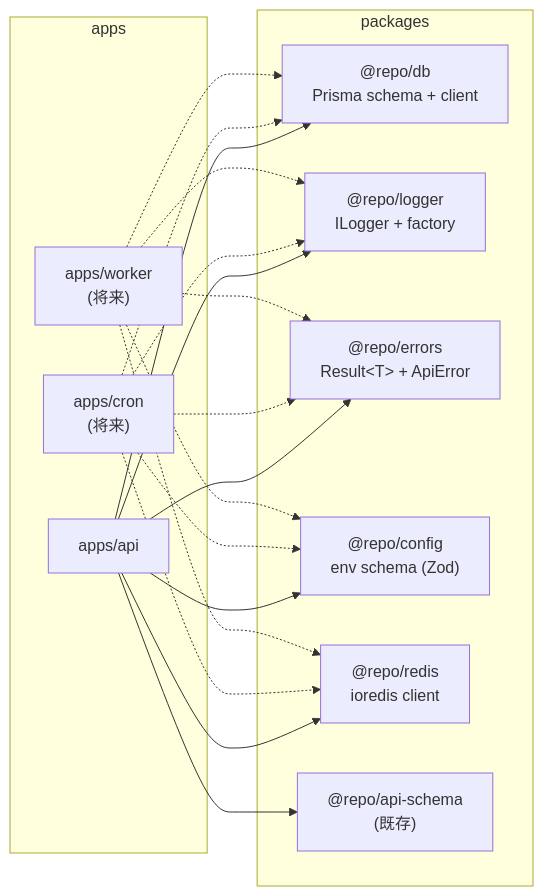
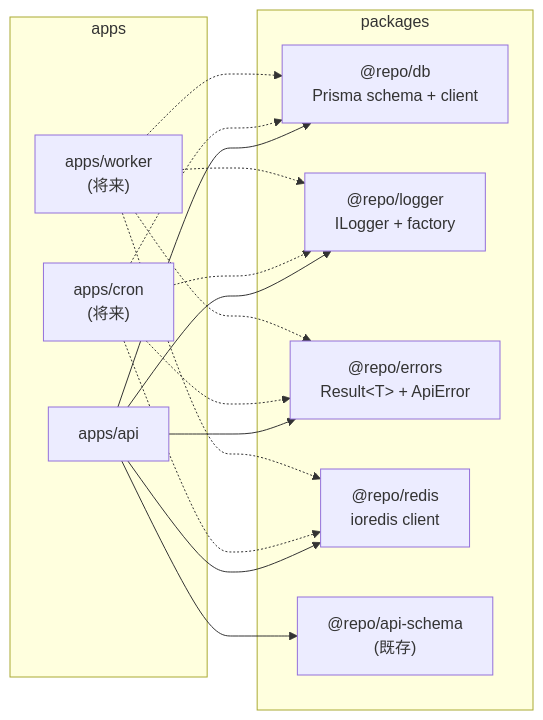
The first of 4 diagrams in docs/spec/shared-packages/README.md (kentakki416/project-template), drawn with Mermaid before and after one commit. The commit also changed other lines of this file and 22 other files, not shown here.

````diff
--- a/docs/spec/shared-packages/README.md
+++ b/docs/spec/shared-packages/README.md
@@ -53,36 +53,32 @@
 ```mermaid
 flowchart LR
     subgraph packages
         DB["@repo/db<br/>Prisma schema + client"]
         LOG["@repo/logger<br/>ILogger + factory"]
         ERR["@repo/errors<br/>Result&lt;T&gt; + ApiError"]
-        CFG["@repo/config<br/>env schema (Zod)"]
         RDS["@repo/redis<br/>ioredis client"]
         SCH["@repo/api-schema<br/>(既存)"]
     end
 
     subgraph apps
         API[apps/api]
         CRON["apps/cron<br/>(将来)"]
         WORKER["apps/worker<br/>(将来)"]
     end
 
     API --> DB
     API --> LOG
     API --> ERR
-    API --> CFG
     API --> RDS
     API --> SCH
 
     CRON -.-> DB
     CRON -.-> LOG
     CRON -.-> ERR
-    CRON -.-> CFG
     CRON -.-> RDS
 
     WORKER -.-> DB
     WORKER -.-> LOG
     WORKER -.-> ERR
-    WORKER -.-> CFG
     WORKER -.-> RDS
 ```
````
